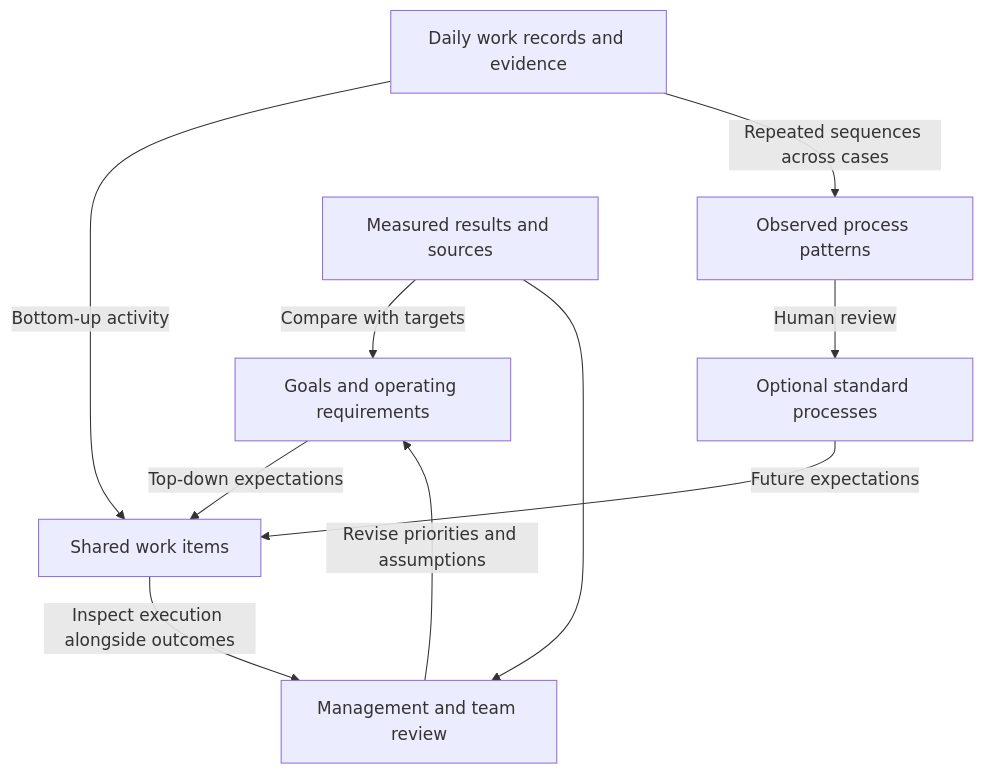
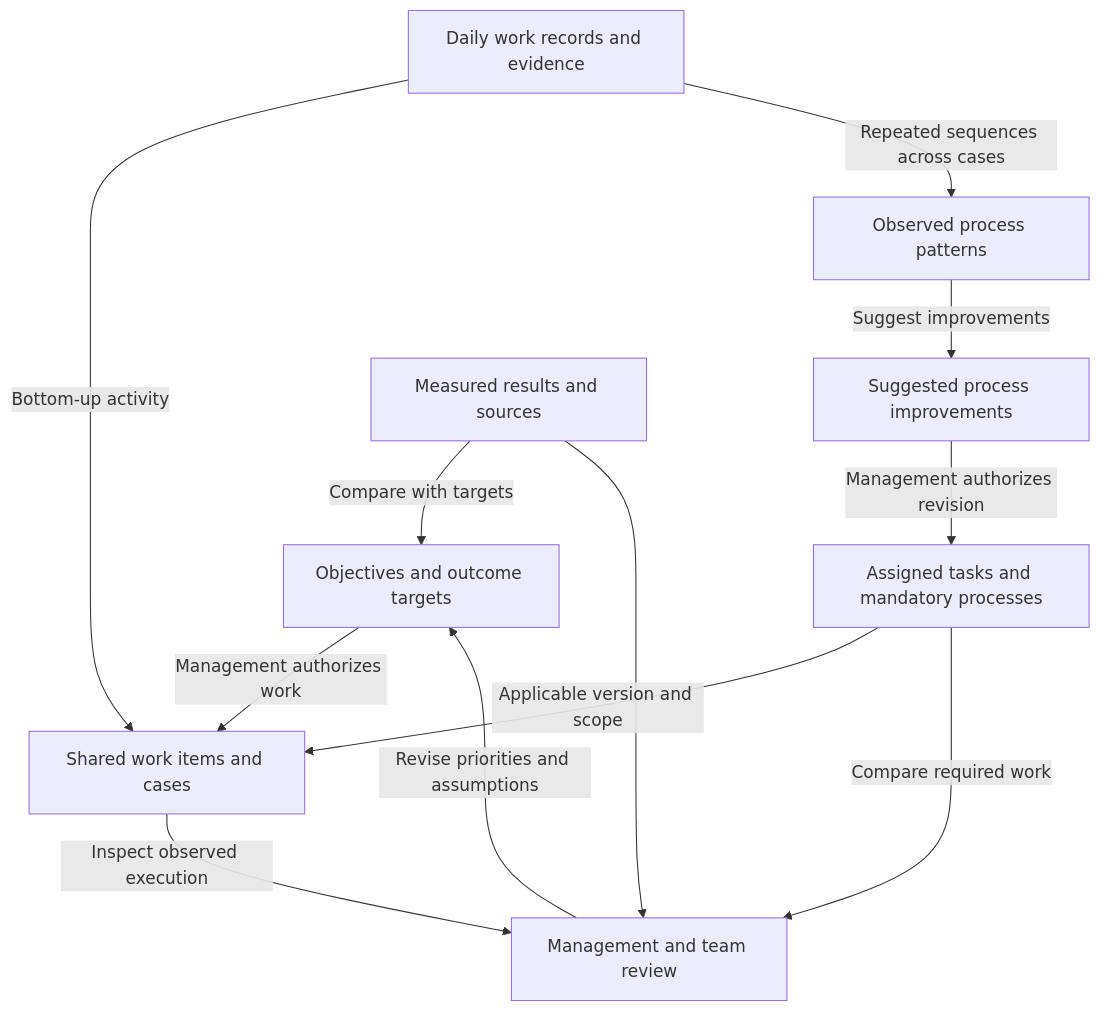
Before and after one commit to wilcoco/workwork-cloud: the diagram in docs/WORK-ALIGNMENT-FRAMEWORK.md, drawn with Mermaid. The commit also changed other lines of this file and 4 other files, not shown here.

Commit message:
Define top-down tasks and mandatory process requirements

````diff
--- a/docs/WORK-ALIGNMENT-FRAMEWORK.md
+++ b/docs/WORK-ALIGNMENT-FRAMEWORK.md
@@ -84,12 +84,14 @@
 ```mermaid
 flowchart TD
-    G[Goals and operating requirements] -->|Top-down expectations| W[Shared work items]
+    G[Objectives and outcome targets] -->|Management authorizes work| W[Shared work items and cases]
+    M[Assigned tasks and mandatory processes] -->|Applicable version and scope| W
     L[Daily work records and evidence] -->|Bottom-up activity| W
     L -->|Repeated sequences across cases| P[Observed process patterns]
-    P -->|Human review| T[Optional standard processes]
-    T -->|Future expectations| W
+    P -->|Suggest improvements| T[Suggested process improvements]
+    T -->|Management authorizes revision| M
     R[Measured results and sources] -->|Compare with targets| G
-    W -->|Inspect execution alongside outcomes| V[Management and team review]
+    M -->|Compare required work| V[Management and team review]
+    W -->|Inspect observed execution| V
     R --> V
     V -->|Revise priorities and assumptions| G
 ```
````
